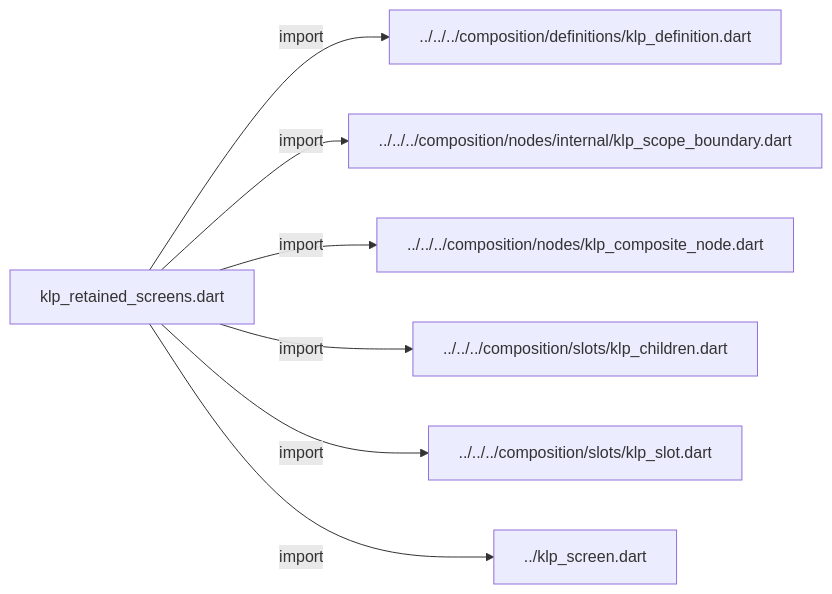
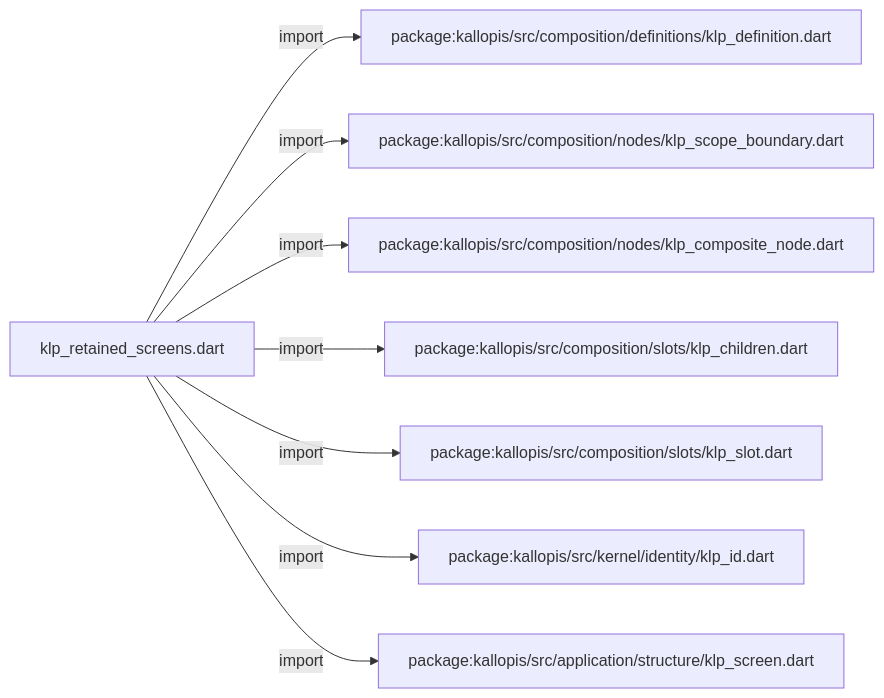
Before and after one commit to MiuDog/Kallopis: the first of 3 diagrams in docs/architecture/src/application/structure/internal/klp_retained_screens.md, drawn with Mermaid. The commit also changed other lines of this file and 9688 other files, not shown here.

Commit message:
Prepare isolated Flow F2 peer baseline

````diff
--- a/docs/architecture/src/application/structure/internal/klp_retained_screens.md
+++ b/docs/architecture/src/application/structure/internal/klp_retained_screens.md
@@ -11,16 +11,18 @@
 ```mermaid
 flowchart LR
 	n0["klp_retained_screens.dart"]
-	n1["../../../composition/definitions/klp_definition.dart"]
-	n2["../../../composition/nodes/internal/klp_scope_boundary.dart"]
-	n3["../../../composition/nodes/klp_composite_node.dart"]
-	n4["../../../composition/slots/klp_children.dart"]
-	n5["../../../composition/slots/klp_slot.dart"]
-	n6["../klp_screen.dart"]
+	n1["package:kallopis/src/composition/definitions/klp_definition.dart"]
+	n2["package:kallopis/src/composition/nodes/klp_scope_boundary.dart"]
+	n3["package:kallopis/src/composition/nodes/klp_composite_node.dart"]
+	n4["package:kallopis/src/composition/slots/klp_children.dart"]
+	n5["package:kallopis/src/composition/slots/klp_slot.dart"]
+	n6["package:kallopis/src/kernel/identity/klp_id.dart"]
+	n7["package:kallopis/src/application/structure/klp_screen.dart"]
 	n0 -->|"import"| n1
 	n0 -->|"import"| n2
 	n0 -->|"import"| n3
 	n0 -->|"import"| n4
 	n0 -->|"import"| n5
 	n0 -->|"import"| n6
+	n0 -->|"import"| n7
 ```
````
